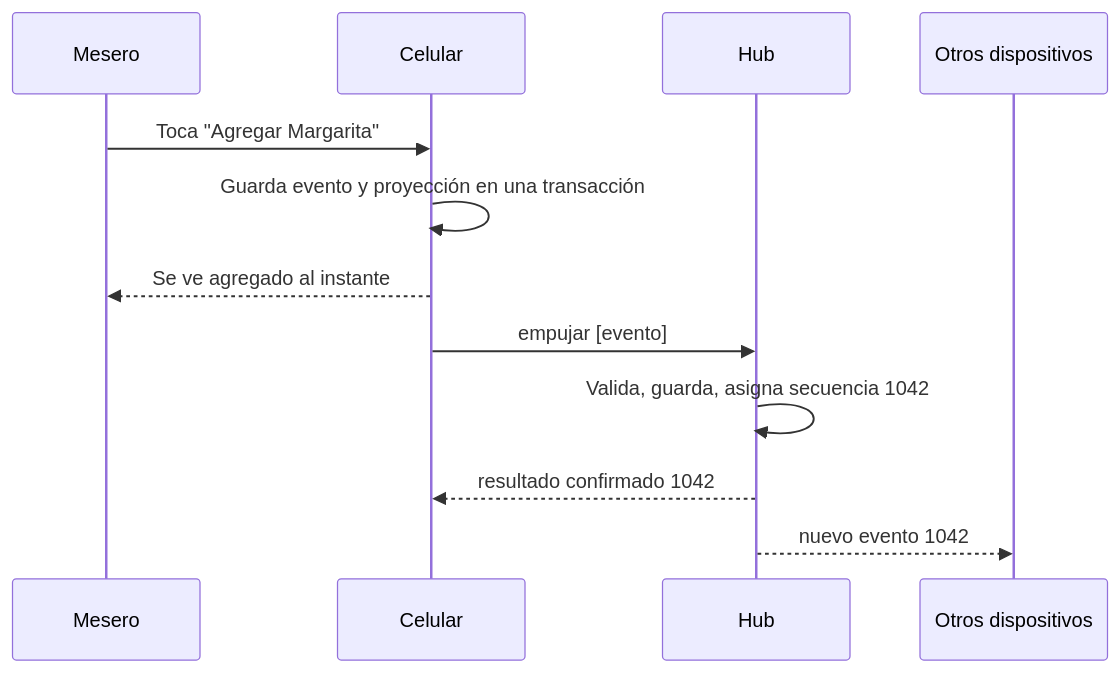
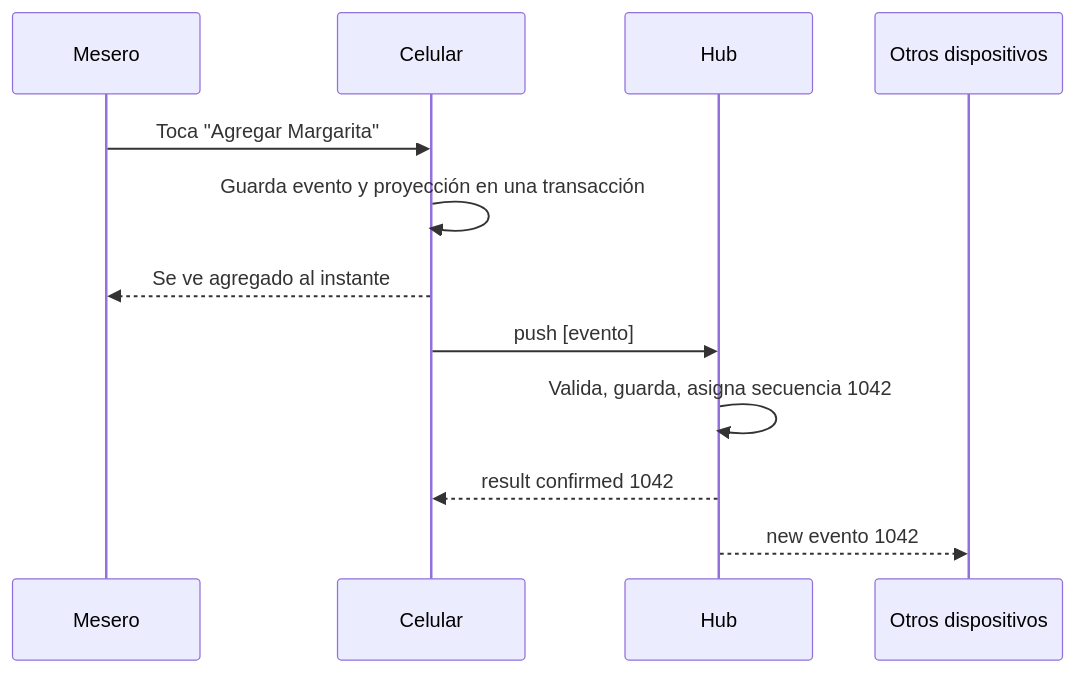
The second of 2 diagrams in docs/SYNC.md (jyepesr1/restaurant-pos), drawn with Mermaid before and after one commit. The commit also changed other lines of this file and 12 other files, not shown here.

````diff
--- a/docs/SYNC.md
+++ b/docs/SYNC.md
@@ -81,14 +81,14 @@
 ```mermaid
 sequenceDiagram
   participant U as Mesero
   participant D as Celular
   participant H as Hub
   participant O as Otros dispositivos
   U->>D: Toca "Agregar Margarita"
   D->>D: Guarda evento y proyección en una transacción
   D-->>U: Se ve agregado al instante
-  D->>H: empujar [evento]
+  D->>H: push [evento]
   H->>H: Valida, guarda, asigna secuencia 1042
-  H-->>D: resultado confirmado 1042
-  H-->>O: nuevo evento 1042
+  H-->>D: result confirmed 1042
+  H-->>O: new evento 1042
 ```
````
